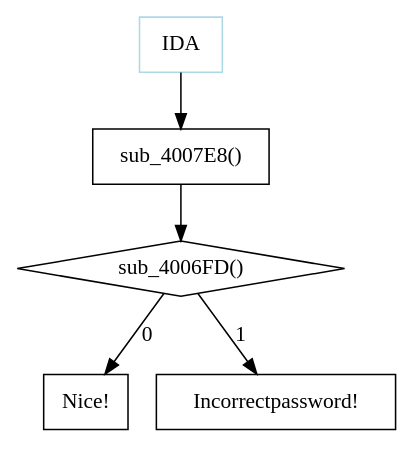
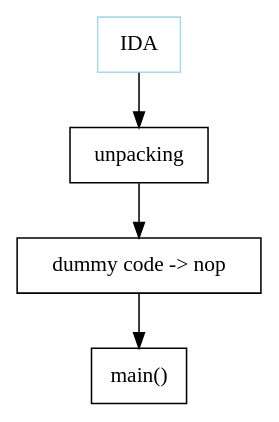
The diagram in docs/reversing/[reversing] ransomware.rst (joizel/ctf_writeup), drawn with Graphviz before and after one commit. The commit also changed other lines of this file, not shown here.

```diff
--- a/docs/reversing/[reversing] ransomware.rst
+++ b/docs/reversing/[reversing] ransomware.rst
@@ -8,15 +8,10 @@
 .. graphviz::
 
     digraph foo {
-        a -> b -> c;
-        c -> d [label="0",arrowhead="normal"];
-        c -> e [label="1",arrowhead="normal"];
+        a -> b -> c -> d;
         
         a [shape=box, color=lightblue, label="IDA"];
-        b [shape=box, label="sub_4007E8()"];
-        c [shape=diamond, label="sub_4006FD()"];
-        d [shape=box, label="Nice!"];
-        e [shape=box, label="Incorrectpassword!"];
-        
-        
+        b [shape=box, label="unpacking"];
+        c [shape=box, label="dummy code -> nop"];
+        d [shape=box, label="main()"];
     }
```
